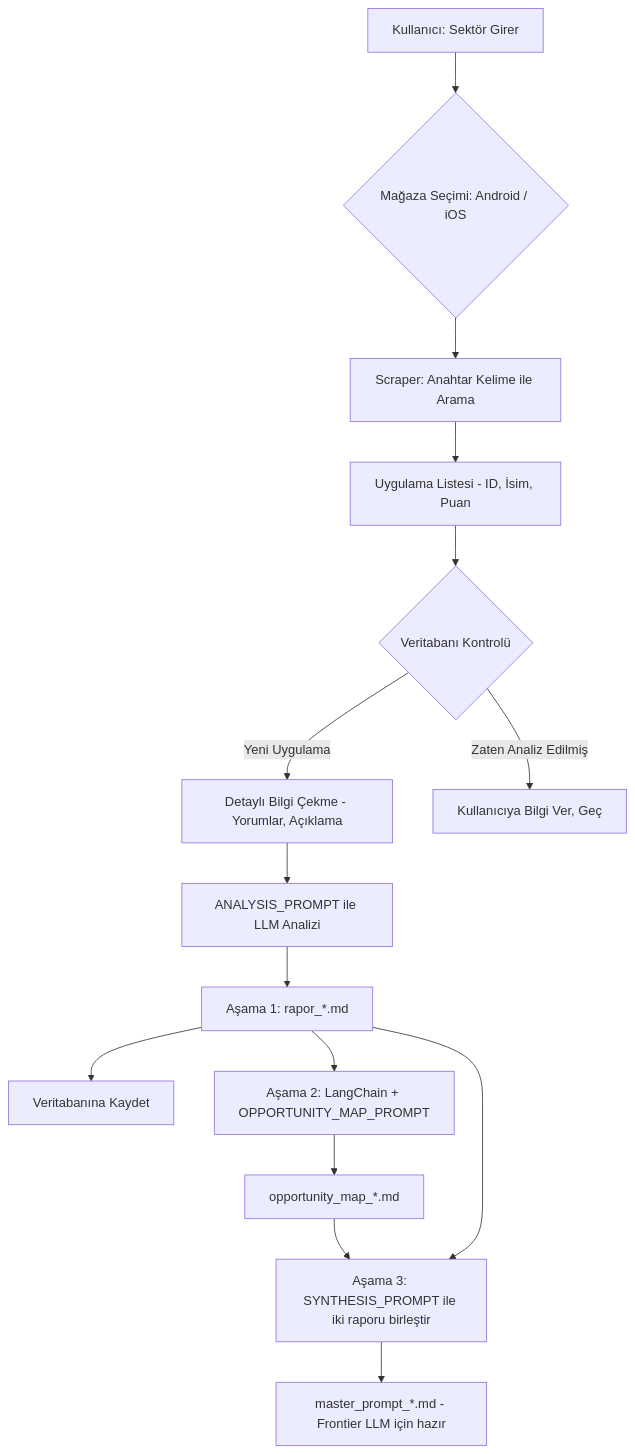
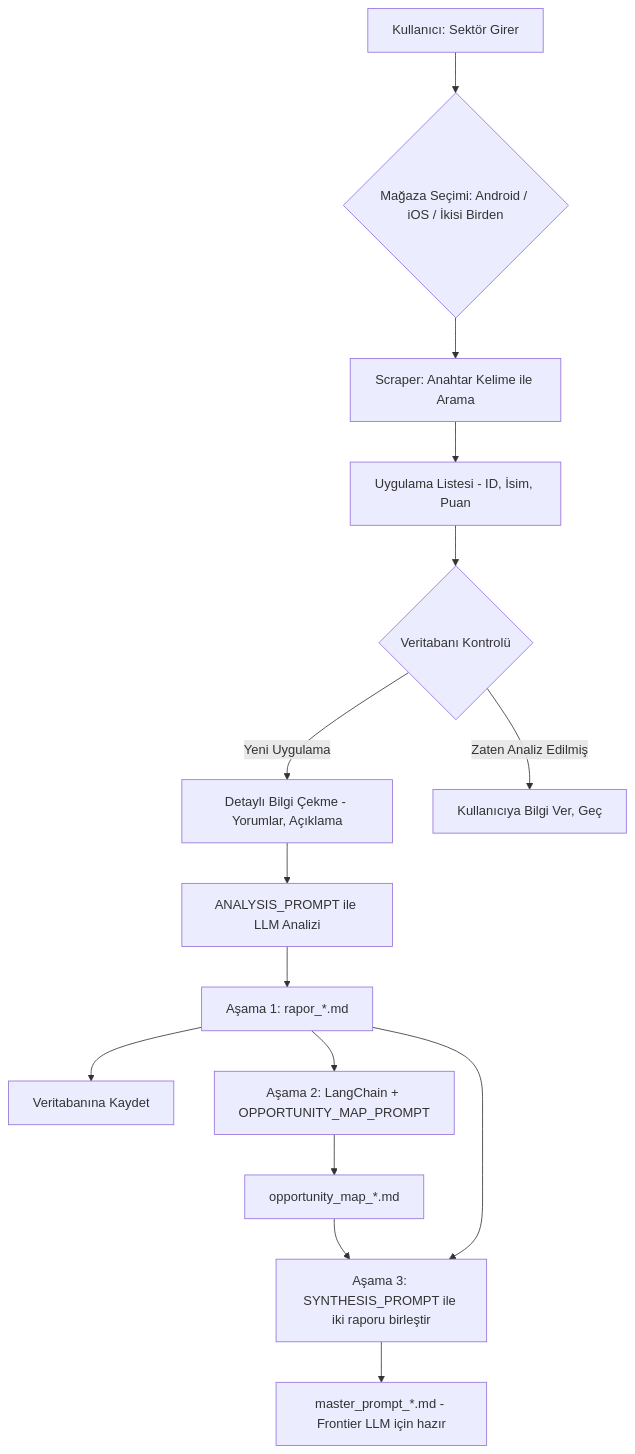
Before and after one commit to hazarute/market_gap_analyzer_ai: the diagram in README.md, drawn with Mermaid. The commit also changed other lines of this file and 8 other files, not shown here.

````diff
--- a/README.md
+++ b/README.md
@@ -39,17 +39,17 @@
 ```mermaid
 graph TD
-    A[Kullanıcı: Sektör Girer] --> B{Mağaza Seçimi: Android / iOS};
+    A[Kullanıcı: Sektör Girer] --> B{Mağaza Seçimi: Android / iOS / İkisi Birden};
     B --> C[Scraper: Anahtar Kelime ile Arama];
     C --> D[Uygulama Listesi - ID, İsim, Puan];
     D --> E{Veritabanı Kontrolü};
     E -- Yeni Uygulama --> F[Detaylı Bilgi Çekme - Yorumlar, Açıklama];
     F --> G[ANALYSIS_PROMPT ile LLM Analizi];
     G --> H[Aşama 1: rapor_*.md];
     H --> I[Veritabanına Kaydet];
     E -- Zaten Analiz Edilmiş --> J[Kullanıcıya Bilgi Ver, Geç];
     H --> K[Aşama 2: LangChain + OPPORTUNITY_MAP_PROMPT];
     K --> L[opportunity_map_*.md];
     L --> M[Aşama 3: SYNTHESIS_PROMPT ile iki raporu birleştir];
     H --> M;
     M --> N[master_prompt_*.md - Frontier LLM için hazır];
 ```
````
